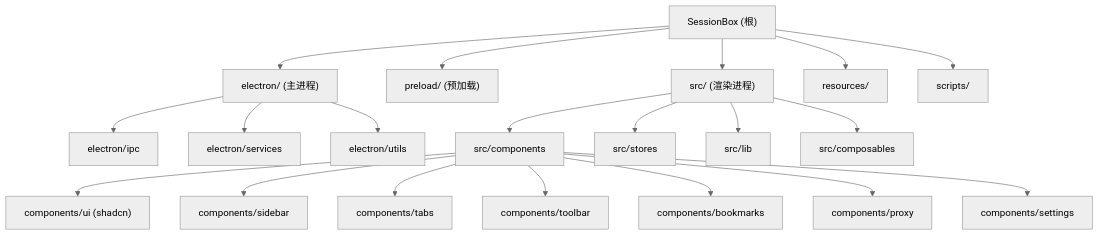
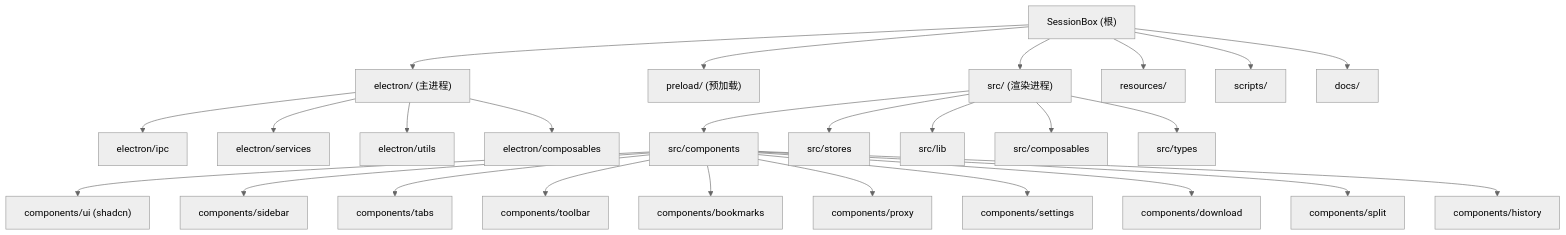
One commit to hunmer/sessionBox changed the diagram in CLAUDE.md. Above: the diagram before and after it, drawn with Mermaid (neutral theme). The commit also changed other lines of this file and 4 other files, not shown here.

````diff
--- a/CLAUDE.md
+++ b/CLAUDE.md
@@ -31,29 +32,35 @@
 ```mermaid
 graph TD
     ROOT["SessionBox (根)"] --> ELECTRON["electron/ (主进程)"]
     ROOT --> PRELOAD["preload/ (预加载)"]
     ROOT --> SRC["src/ (渲染进程)"]
     ROOT --> RESOURCES["resources/"]
     ROOT --> SCRIPTS["scripts/"]
+    ROOT --> DOCS["docs/"]
 
     ELECTRON --> EI["electron/ipc"]
     ELECTRON --> ES["electron/services"]
     ELECTRON --> EU["electron/utils"]
+    ELECTRON --> EC["electron/composables"]
 
     SRC --> SC["src/components"]
     SRC --> SS["src/stores"]
     SRC --> SLIB["src/lib"]
     SRC --> SCOMP["src/composables"]
+    SRC --> STYPES["src/types"]
 
     SC --> SC_UI["components/ui (shadcn)"]
     SC --> SC_SIDEBAR["components/sidebar"]
     SC --> SC_TABS["components/tabs"]
     SC --> SC_TOOLBAR["components/toolbar"]
     SC --> SC_BOOKMARK["components/bookmarks"]
     SC --> SC_PROXY["components/proxy"]
     SC --> SC_SETTINGS["components/settings"]
+    SC --> SC_DOWNLOAD["components/download"]
+    SC --> SC_SPLIT["components/split"]
+    SC --> SC_HISTORY["components/history"]
 
     click ELECTRON "./electron/CLAUDE.md" "查看主进程模块文档"
     click SRC "./src/CLAUDE.md" "查看渲染进程模块文档"
     click PRELOAD "./preload/CLAUDE.md" "查看预加载模块文档"
 ```
````
